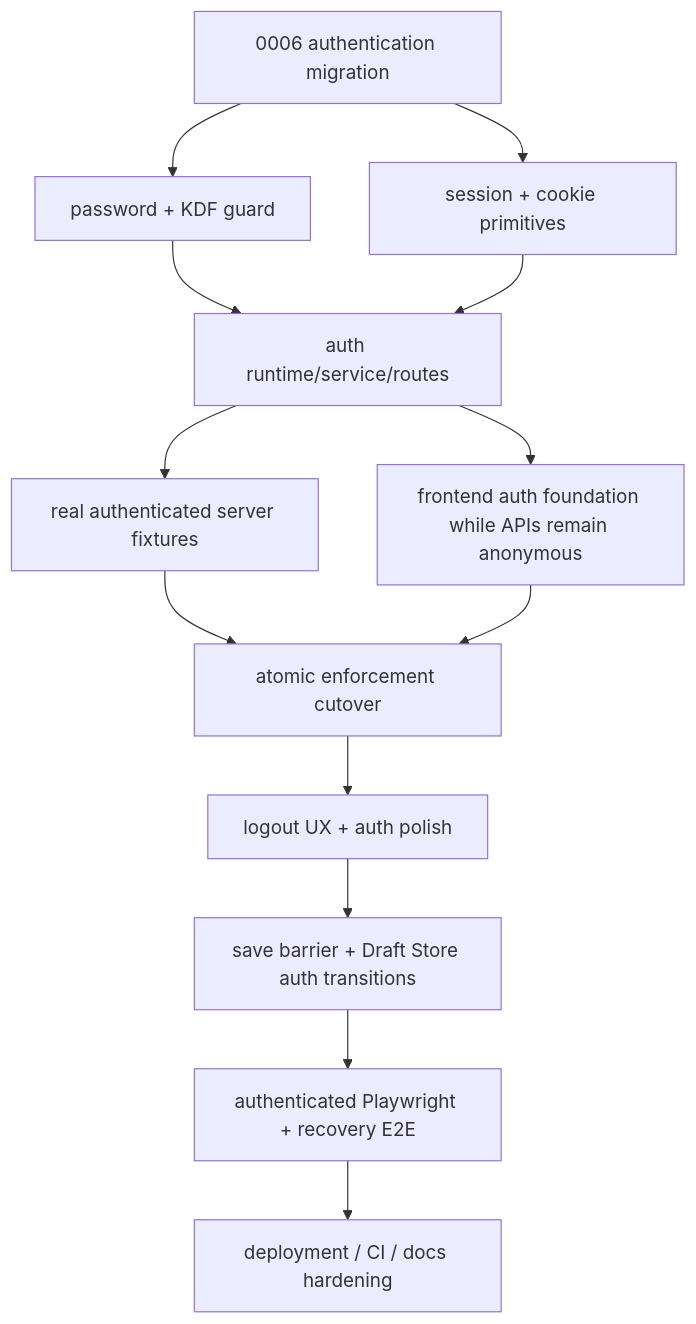
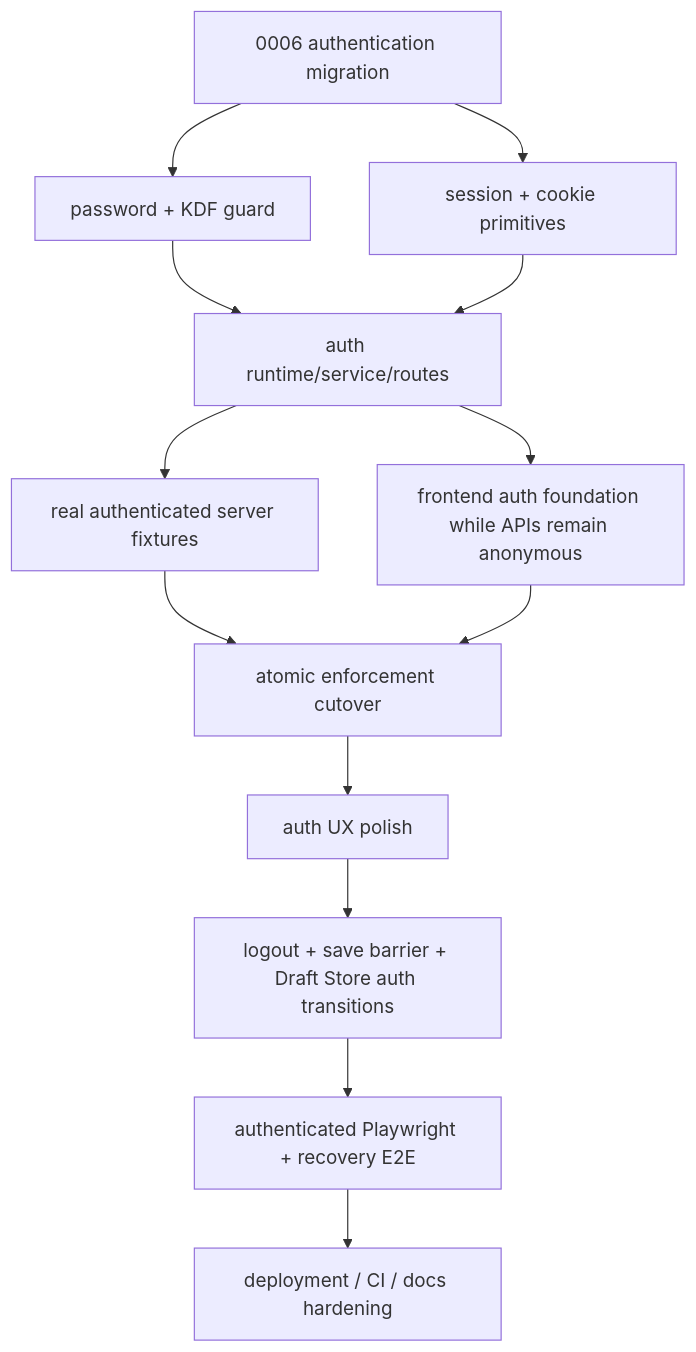
The first of 3 diagrams in docs/design/authentication-v1-implementation-plan.md (tangxiangxiang/docus), drawn with Mermaid before and after one commit. The commit also changed other lines of this file, not shown here.

Commit message:
docs(auth): finalize authentication implementation phases

````diff
--- a/docs/design/authentication-v1-implementation-plan.md
+++ b/docs/design/authentication-v1-implementation-plan.md
@@ -127,15 +128,15 @@
 ```mermaid
 flowchart TD
   M["0006 authentication migration"] --> P["password + KDF guard"]
   M --> S["session + cookie primitives"]
   P --> A["auth runtime/service/routes"]
   S --> A
   A --> F["real authenticated server fixtures"]
   A --> G["frontend auth foundation while APIs remain anonymous"]
   F --> T["atomic enforcement cutover"]
   G --> T
-  T --> L["logout UX + auth polish"]
-  L --> D["save barrier + Draft Store auth transitions"]
+  T --> L["auth UX polish"]
+  L --> D["logout + save barrier + Draft Store auth transitions"]
   D --> E["authenticated Playwright + recovery E2E"]
   E --> X["deployment / CI / docs hardening"]
 ```
````
